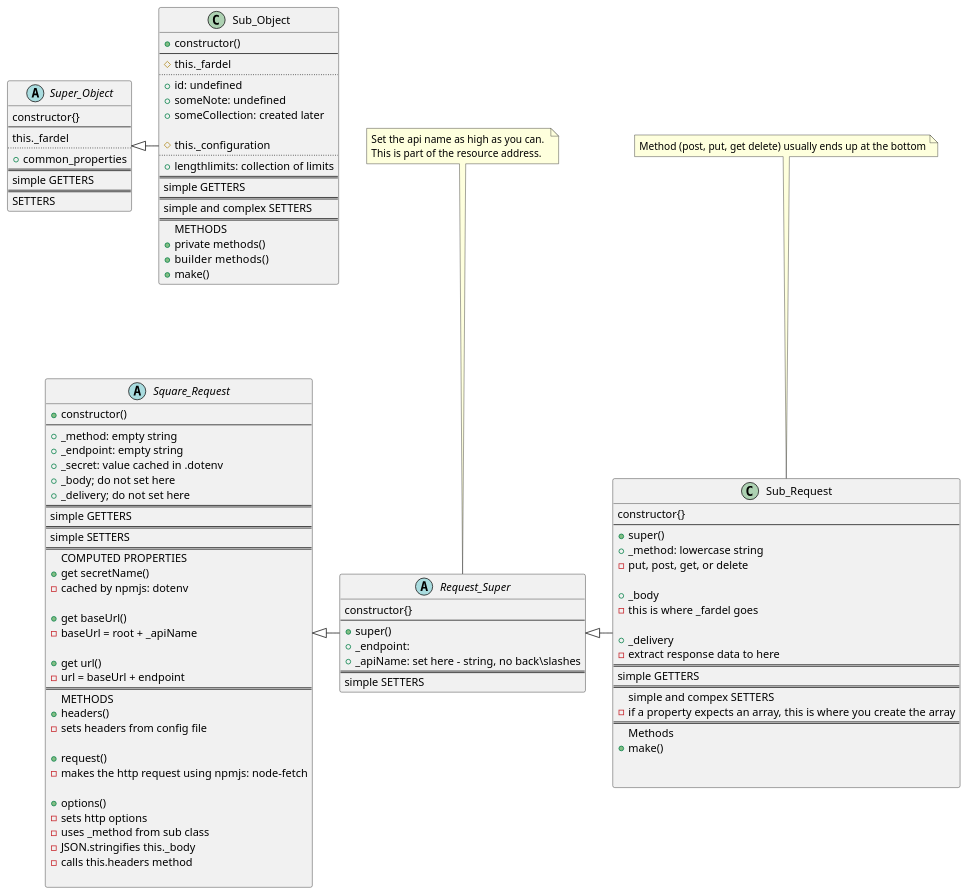
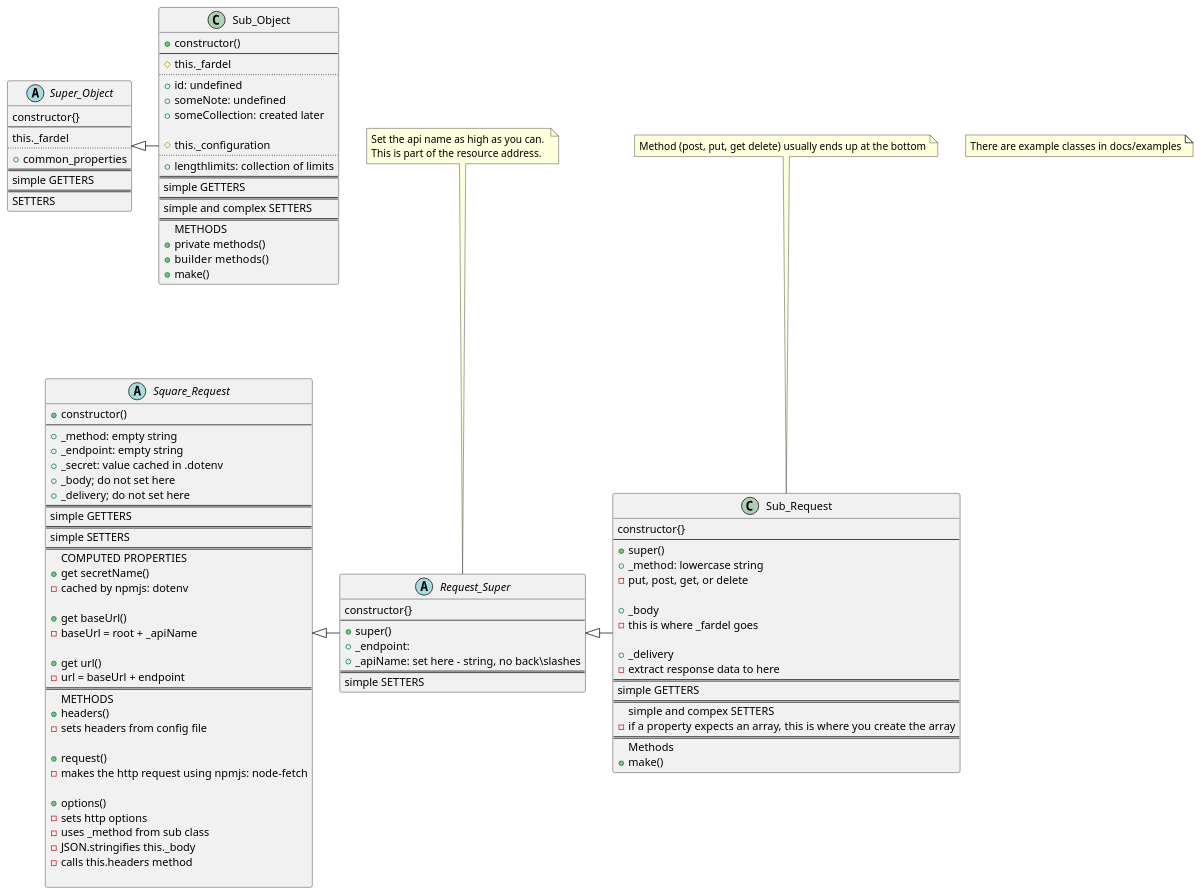
One commit to TwoFistedJustice/square-pie changed the diagram in docs/uml/class_structure_object.puml. Above: the diagram before and after it, drawn with PlantUML.

Commit message:
docs: group diagrams in code

```diff
--- a/docs/uml/class_structure_object.puml
+++ b/docs/uml/class_structure_object.puml
@@ -1,123 +1,128 @@
 @startuml
 'https://plantuml.com/class-diagram'
 
 Super_Object <|- Sub_Object
 
 Request_Super <|-  Sub_Request
 Square_Request <|-  Request_Super
 
+
+
 note "Set the api name as high as you can. \nThis is part of the resource address." as N_api
 N_api... Request_Super
 
 note "Method (post, put, get delete) usually ends up at the bottom" as N_method
 N_method... Sub_Request
 
+note "There are example classes in docs/examples" as N_alert
+
+
+
+together {
 abstract class Super_Object {
 constructor{}
 --
 this._fardel
 ..
 +common_properties
 ==
 simple GETTERS
 ==
 SETTERS
 }
 class Sub_Object {
 + constructor()
 --
 # this._fardel
 ..
 +id: undefined
 +someNote: undefined
 +someCollection: created later
 
 # this._configuration
 ..
 +lengthlimits: collection of limits
 ==
 simple GETTERS
 ==
 simple and complex SETTERS
 ==
 METHODS
 + private methods()
 + builder  methods()
 + make()
 }
+}
 
 
+together {
 abstract class Square_Request {
 + constructor()
 --
 + _method: empty string
 + _endpoint: empty string
 + _secret: value cached in .dotenv
 + _body; do not set here
 + _delivery; do not set here
 ==
 simple GETTERS
 ==
 simple SETTERS
 ==
 COMPUTED PROPERTIES
 + get secretName()
 - cached by npmjs: dotenv
 
 + get baseUrl()
 -  baseUrl = root + _apiName
 
 + get url()
 - url = baseUrl + endpoint
 ==
 METHODS
 + headers()
 - sets headers from config file
 
 + request()
 - makes the http request using npmjs: node-fetch
 
 + options()
 - sets http options
 - uses _method from sub class
 - JSON.stringifies this._body
 - calls this.headers method
 
 }
 abstract class Request_Super {
 constructor{}
 --
 + super()
 + _endpoint:
 + _apiName: set here - string, no back\slashes
 ==
 simple SETTERS
 }
 class Sub_Request{
 constructor{}
 --
 + super()
 + _method: lowercase string
  - put, post, get, or delete
 
 +_body
 - this is where _fardel goes
 
  + _delivery
  - extract response data to here
 ==
 simple GETTERS
 ==
 simple and compex SETTERS
 - if a property expects an array, this is where you create the array
 ==
 Methods
 +make()
-
-
+}
 }
 
-
-
-
 @enduml
```
